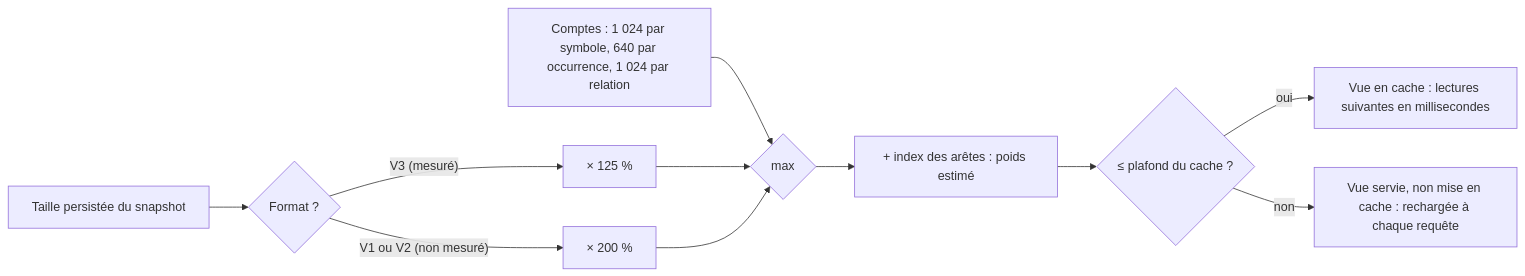
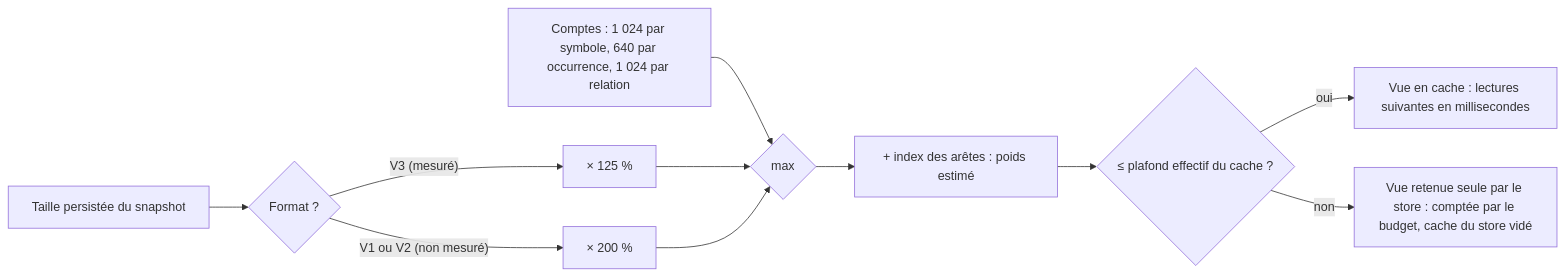
Before and after one commit to FTurleque/minos-code-intelligence: the third of 8 diagrams in docs/architecture/diagrams/capacites/persistance-snapshots.md, drawn with Mermaid. The commit also changed other lines of this file and 20 other files, not shown here.

````diff
--- a/docs/architecture/diagrams/capacites/persistance-snapshots.md
+++ b/docs/architecture/diagrams/capacites/persistance-snapshots.md
@@ -111,13 +111,13 @@
 ```mermaid
 flowchart LR
     F["Taille persistée du snapshot"] --> A{"Format ?"}
     A -- "V3 (mesuré)" --> V3["× 125 %"]
     A -- "V1 ou V2 (non mesuré)" --> V2["× 200 %"]
     C["Comptes : 1 024 par symbole, 640 par occurrence, 1 024 par relation"] --> M{"max"}
     V3 --> M
     V2 --> M
     M --> W["+ index des arêtes : poids estimé"]
-    W --> P{"≤ plafond du cache ?"}
+    W --> P{"≤ plafond effectif du cache ?"}
     P -- oui --> Y["Vue en cache : lectures suivantes en millisecondes"]
-    P -- non --> N["Vue servie, non mise en cache : rechargée à chaque requête"]
+    P -- non --> N["Vue retenue seule par le store : comptée par le budget, cache du store vidé"]
 ```
````
